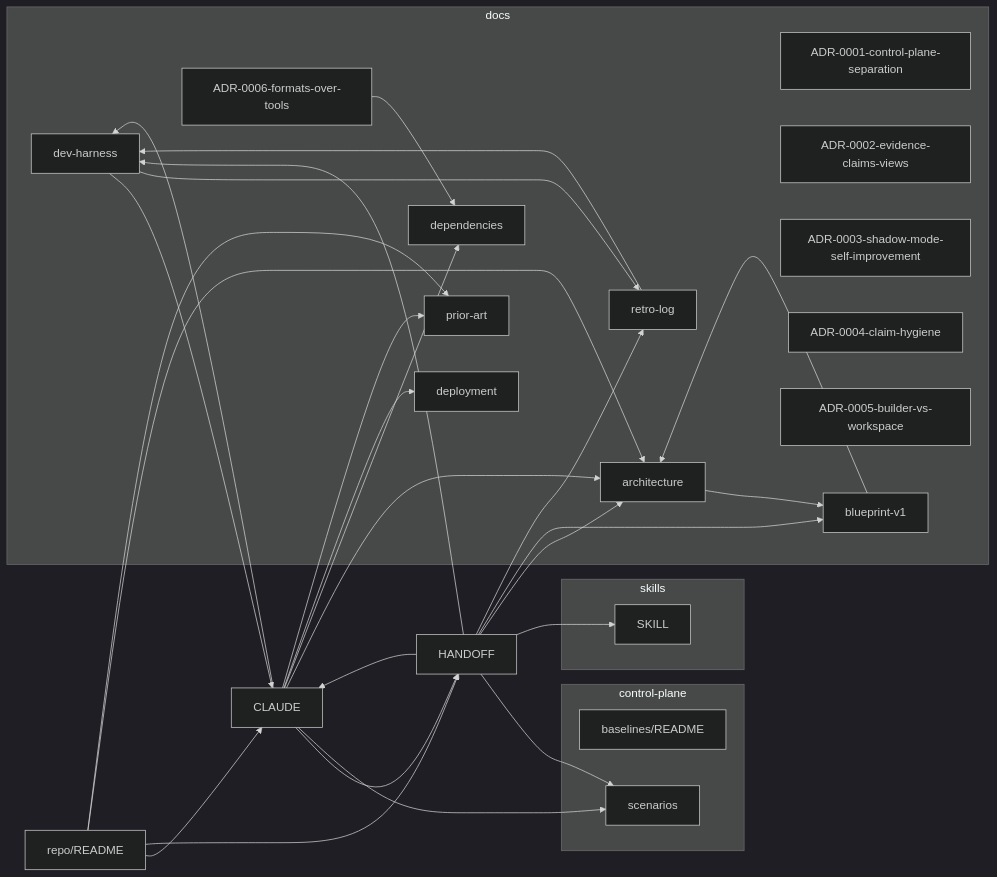
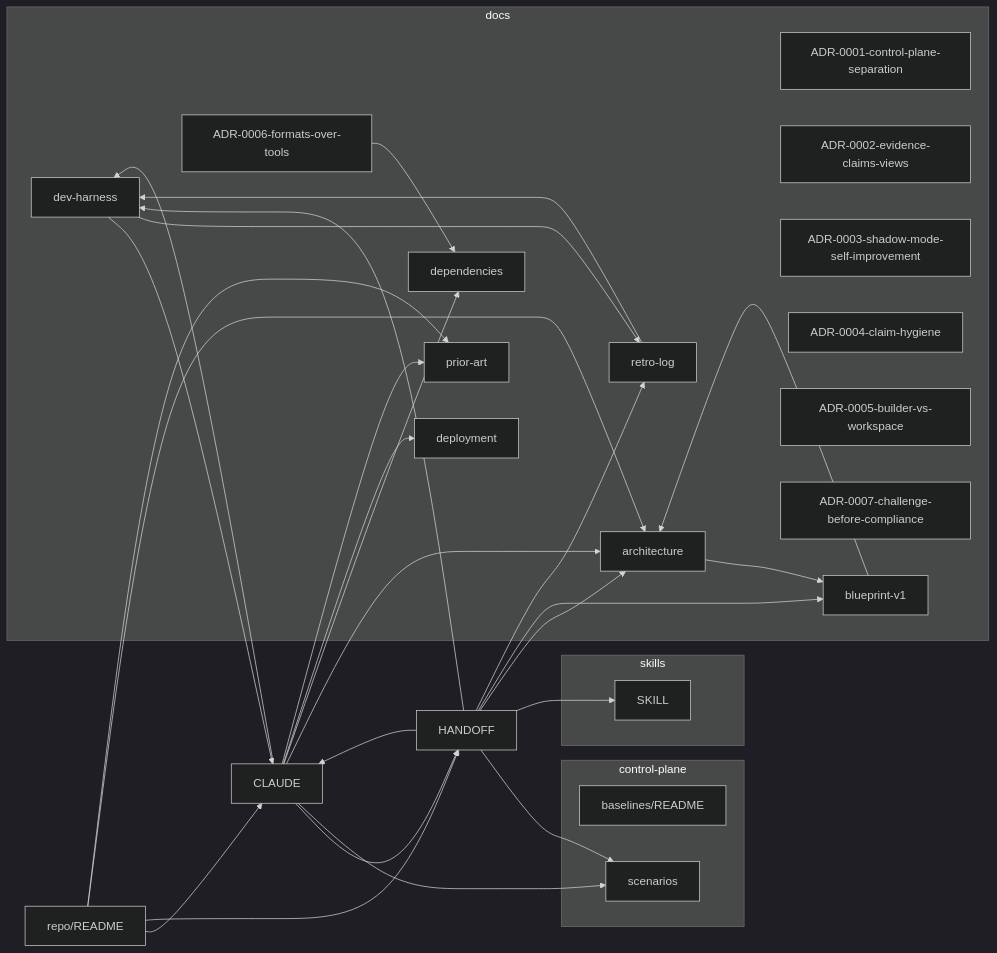
Before and after one commit to boulaajaj/ai-mise: the diagram in docs/mindmap.md, drawn with Mermaid (dark theme). The commit also changed other lines of this file, not shown here.

First line of the commit message:
Regenerate mindmap: pick up ADR-0007 node

````diff
--- a/docs/mindmap.md
+++ b/docs/mindmap.md
@@ -7,52 +7,53 @@
 ```mermaid
 graph LR
   subgraph control_plane_g[control-plane]
     control_plane_evaluation_baselines_README_md["baselines/README"]
     control_plane_threat_tests_scenarios_md["scenarios"]
   end
   subgraph docs_g[docs]
     docs_architecture_md["architecture"]
     docs_decisions_ADR_0001_control_plane_separation_md["ADR-0001-control-plane-separation"]
     docs_decisions_ADR_0002_evidence_claims_views_md["ADR-0002-evidence-claims-views"]
     docs_decisions_ADR_0003_shadow_mode_self_improvement_md["ADR-0003-shadow-mode-self-improvement"]
     docs_decisions_ADR_0004_claim_hygiene_md["ADR-0004-claim-hygiene"]
     docs_decisions_ADR_0005_builder_vs_workspace_md["ADR-0005-builder-vs-workspace"]
     docs_decisions_ADR_0006_formats_over_tools_md["ADR-0006-formats-over-tools"]
+    docs_decisions_ADR_0007_challenge_before_compliance_md["ADR-0007-challenge-before-compliance"]
     docs_dependencies_md["dependencies"]
     docs_deployment_md["deployment"]
     docs_history_blueprint_v1_md["blueprint-v1"]
     docs_meta_dev_harness_md["dev-harness"]
     docs_meta_retro_log_md["retro-log"]
     docs_prior_art_md["prior-art"]
   end
   CLAUDE_md["CLAUDE"]
   HANDOFF_md["HANDOFF"]
   README_md["repo/README"]
   subgraph skills_g[skills]
     skills_inspector_SKILL_md["SKILL"]
   end
   CLAUDE_md --> HANDOFF_md
   CLAUDE_md --> control_plane_threat_tests_scenarios_md
   CLAUDE_md --> docs_architecture_md
   CLAUDE_md --> docs_dependencies_md
   CLAUDE_md --> docs_deployment_md
   CLAUDE_md --> docs_meta_dev_harness_md
   CLAUDE_md --> docs_prior_art_md
   HANDOFF_md --> CLAUDE_md
   HANDOFF_md --> control_plane_threat_tests_scenarios_md
   HANDOFF_md --> docs_architecture_md
   HANDOFF_md --> docs_history_blueprint_v1_md
   HANDOFF_md --> docs_meta_dev_harness_md
   HANDOFF_md --> docs_meta_retro_log_md
   HANDOFF_md --> skills_inspector_SKILL_md
   README_md --> CLAUDE_md
   README_md --> HANDOFF_md
   README_md --> docs_architecture_md
   README_md --> docs_prior_art_md
   docs_architecture_md --> docs_history_blueprint_v1_md
   docs_decisions_ADR_0006_formats_over_tools_md --> docs_dependencies_md
   docs_history_blueprint_v1_md --> docs_architecture_md
   docs_meta_dev_harness_md --> CLAUDE_md
   docs_meta_dev_harness_md --> docs_meta_retro_log_md
   docs_meta_retro_log_md --> docs_meta_dev_harness_md
 ```
````
